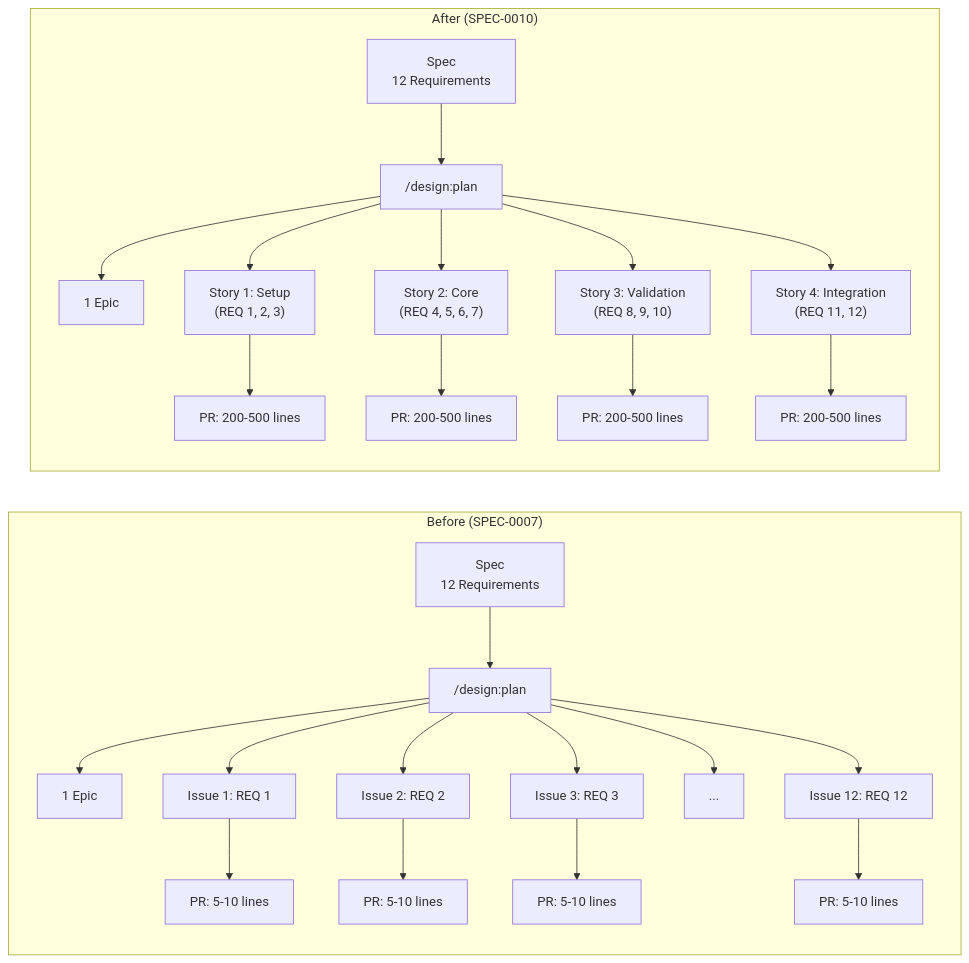
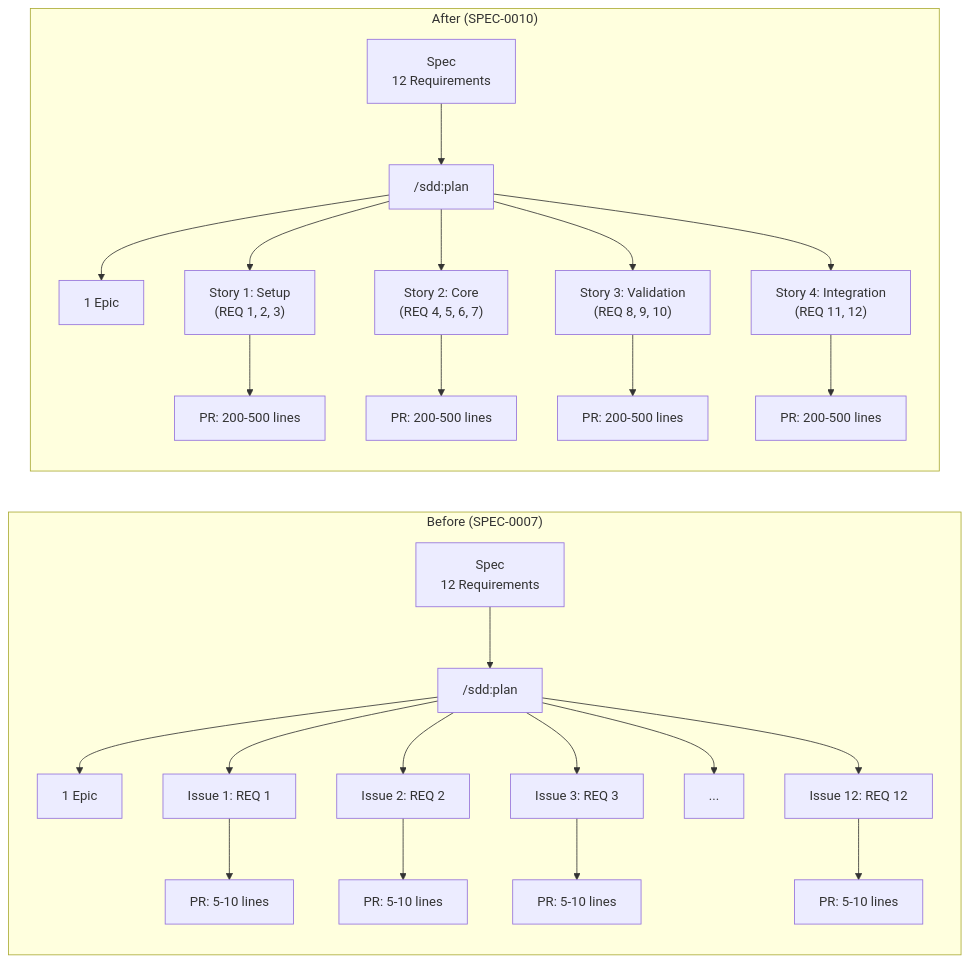
Before and after one commit to joestump/claude-plugin-design: the second of 3 diagrams in docs/openspec/specs/story-sized-issue-granularity/design.md, drawn with Mermaid. The commit also changed other lines of this file and 106 other files, not shown here.

First line of the commit message:
Rename plugin: design → sdd (Spec-Driven Development) (#75)

````diff
--- a/docs/openspec/specs/story-sized-issue-granularity/design.md
+++ b/docs/openspec/specs/story-sized-issue-granularity/design.md
@@ -129,29 +129,29 @@
 ```mermaid
 flowchart LR
     subgraph "Before (SPEC-0007)"
-        spec1["Spec\n12 Requirements"] --> plan1["/design:plan"]
+        spec1["Spec\n12 Requirements"] --> plan1["/sdd:plan"]
         plan1 --> epic1["1 Epic"]
         plan1 --> t1["Issue 1: REQ 1"]
         plan1 --> t2["Issue 2: REQ 2"]
         plan1 --> t3["Issue 3: REQ 3"]
         plan1 --> t4["..."]
         plan1 --> t12["Issue 12: REQ 12"]
         t1 --> pr1["PR: 5-10 lines"]
         t2 --> pr2["PR: 5-10 lines"]
         t3 --> pr3["PR: 5-10 lines"]
         t12 --> pr12["PR: 5-10 lines"]
     end
 
     subgraph "After (SPEC-0010)"
-        spec2["Spec\n12 Requirements"] --> plan2["/design:plan"]
+        spec2["Spec\n12 Requirements"] --> plan2["/sdd:plan"]
         plan2 --> epic2["1 Epic"]
         plan2 --> s1["Story 1: Setup\n(REQ 1, 2, 3)"]
         plan2 --> s2["Story 2: Core\n(REQ 4, 5, 6, 7)"]
         plan2 --> s3["Story 3: Validation\n(REQ 8, 9, 10)"]
         plan2 --> s4["Story 4: Integration\n(REQ 11, 12)"]
         s1 --> spr1["PR: 200-500 lines"]
         s2 --> spr2["PR: 200-500 lines"]
         s3 --> spr3["PR: 200-500 lines"]
         s4 --> spr4["PR: 200-500 lines"]
     end
 ```
````
